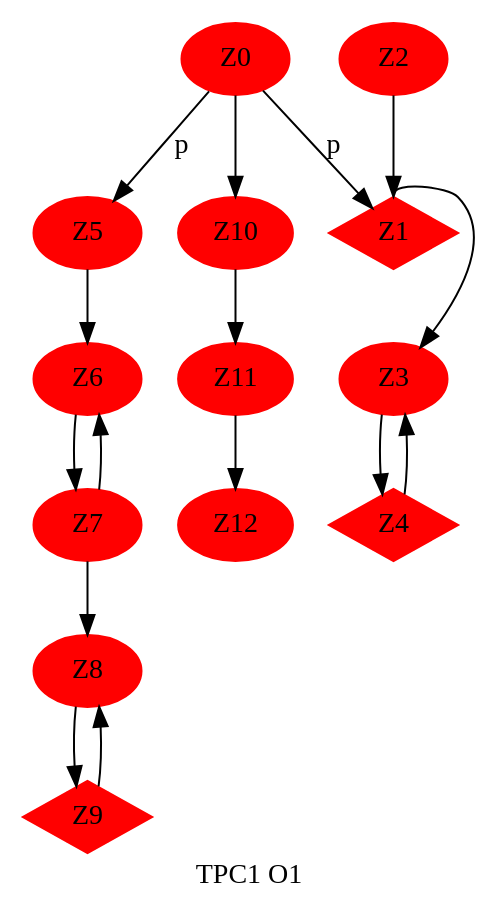
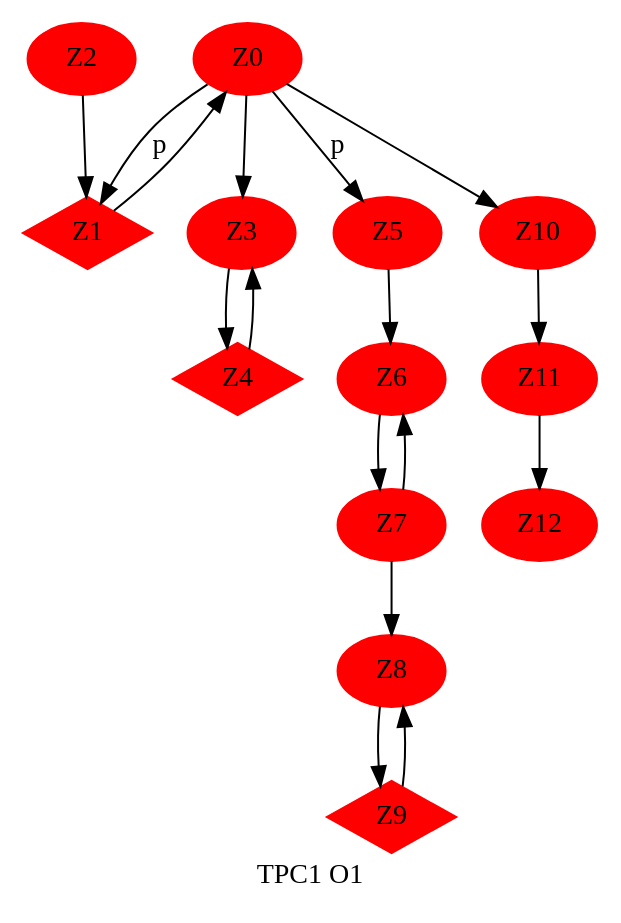
Before and after one commit to sidner/Dot2Dot-v2: the diagram in bin/texto2.dot, drawn with Graphviz. The commit also changed 13 other files, not shown here.

```diff
--- a/bin/texto2.dot
+++ b/bin/texto2.dot
@@ -1,15 +1,16 @@
 digraph tpc1 {
                node [style=filled,color=red];
                
        Z0 ->Z1 [label= "p"];
-                Z1 : n -> Z3 -> Z4;
+                Z1 : Z0
+                Z1 -> Z0 -> Z3 -> Z4;
                Z2 -> Z1; Z4 -> Z3;
                Z0 -> Z5 [label="p"];
                Z5 -> Z6 -> Z7 ->Z8 -> Z9;
                Z7 -> Z6; Z9 -> Z8;
                Z0 -> Z10 -> Z11 -> Z12;
                label = "TPC1 O1"
        Z4[shape=Mdiamond]
        Z9[shape=Mdiamond]
        Z1[shape=Mdiamond]
 }
```
